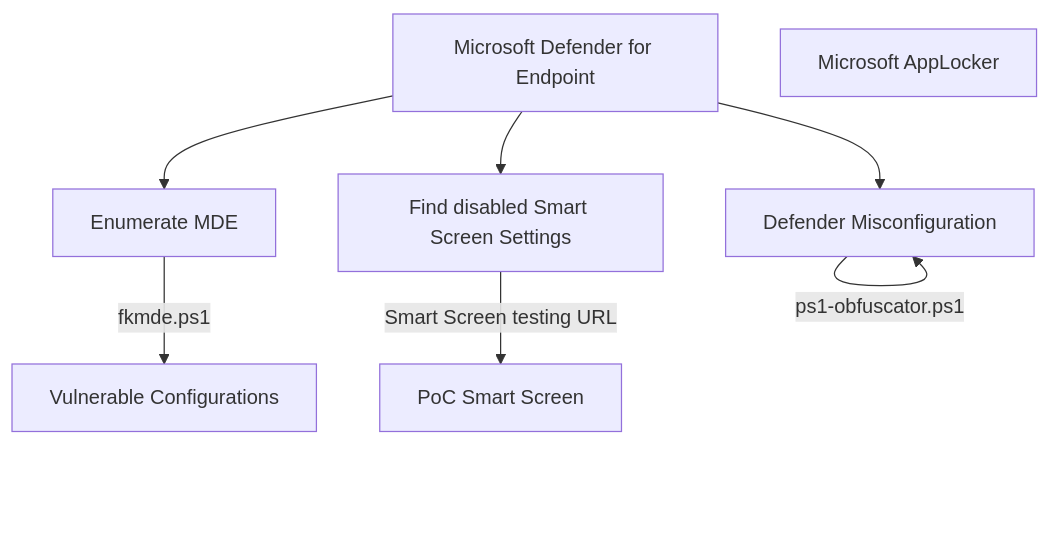
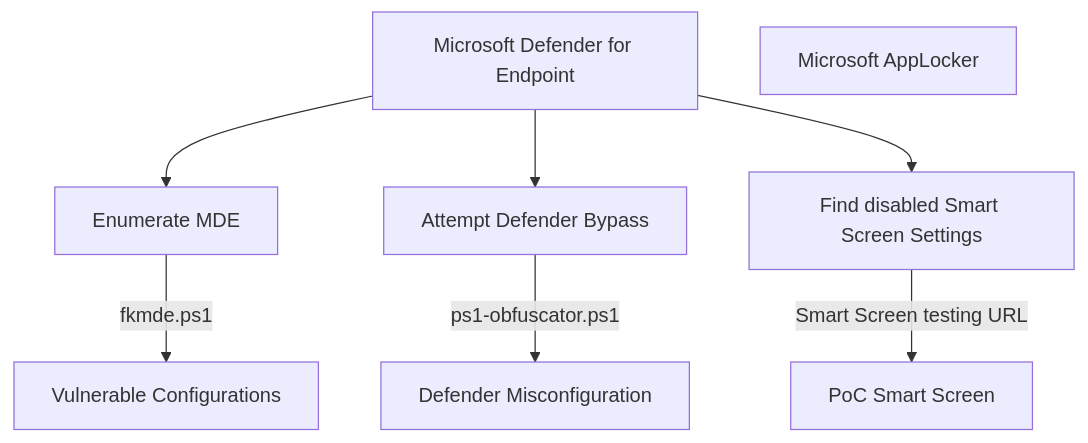
Before and after one commit to fkxdr/fkxdr-mindmaps: the diagram in README.md, drawn with Mermaid.

````diff
--- a/README.md
+++ b/README.md
@@ -7,14 +7,14 @@
 ```mermaid
 flowchart TD
     MDE[ Microsoft Defender for Endpoint ]
     MDE --> MDEENUM[ Enumerate MDE ]
     MDEENUM --> | fkmde.ps1 | MDEVULN[ Vulnerable Configurations ]
     MDE --> MDEBYPASS[ Attempt Defender Bypass ]
     
-    MDEBYPASS --> | ps1-obfuscator.ps1 | MDEBYPASS[ Defender Misconfiguration]
+    MDEBYPASS --> | ps1-obfuscator.ps1 | MDEBYPASS2[ Defender Misconfiguration]
 
     MDE --> MDESSCR[ Find disabled Smart Screen Settings ]
     MDESSCR --> | Smart Screen testing URL | MDESSCR2[ PoC Smart Screen ]
 
     APP[ Microsoft AppLocker ]
 ```
````
